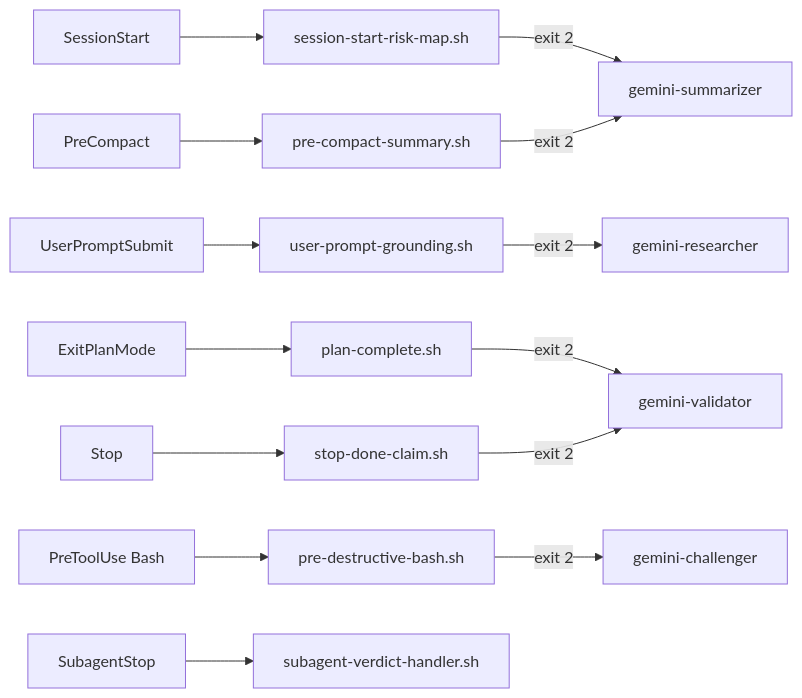
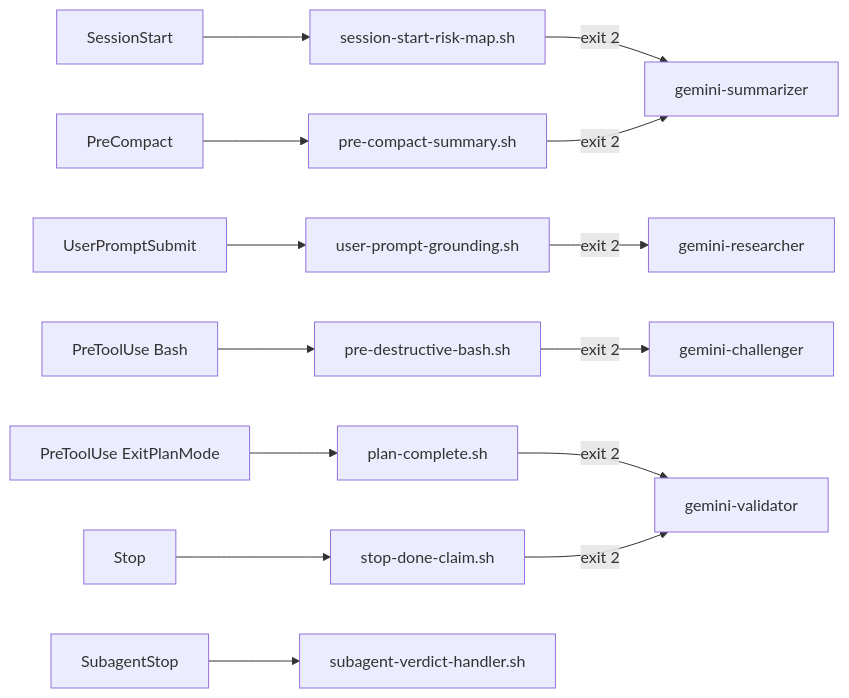
The diagram in docs/reference/hooks.md (azmym/gemini-plugin), drawn with Mermaid before and after one commit. The commit also changed other lines of this file and 15 other files, not shown here.

````diff
--- a/docs/reference/hooks.md
+++ b/docs/reference/hooks.md
@@ -7,17 +7,17 @@
 ```mermaid
 graph LR
     SS[SessionStart] --> SSR[session-start-risk-map.sh]
     UP[UserPromptSubmit] --> UPG[user-prompt-grounding.sh]
-    EP[ExitPlanMode] --> PC[plan-complete.sh]
-    PT[PreToolUse Bash] --> PDB[pre-destructive-bash.sh]
+    PTB[PreToolUse Bash] --> PDB[pre-destructive-bash.sh]
+    PTE[PreToolUse ExitPlanMode] --> PC[plan-complete.sh]
     PCO[PreCompact] --> PCS[pre-compact-summary.sh]
     ST[Stop] --> SDC[stop-done-claim.sh]
     SAS[SubagentStop] --> SVH[subagent-verdict-handler.sh]
 
     SSR --> |exit 2| SUM[gemini-summarizer]
     UPG --> |exit 2| RES[gemini-researcher]
     PC --> |exit 2| VAL[gemini-validator]
     PDB --> |exit 2| CHL[gemini-challenger]
     PCS --> |exit 2| SUM
     SDC --> |exit 2| VAL
 ```
````
